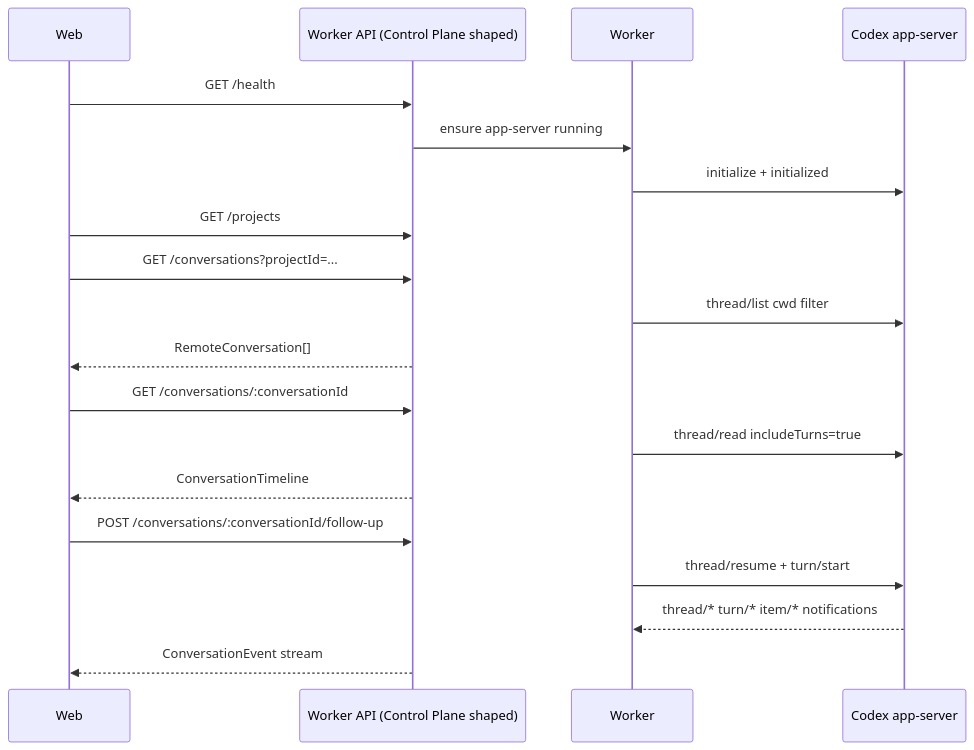
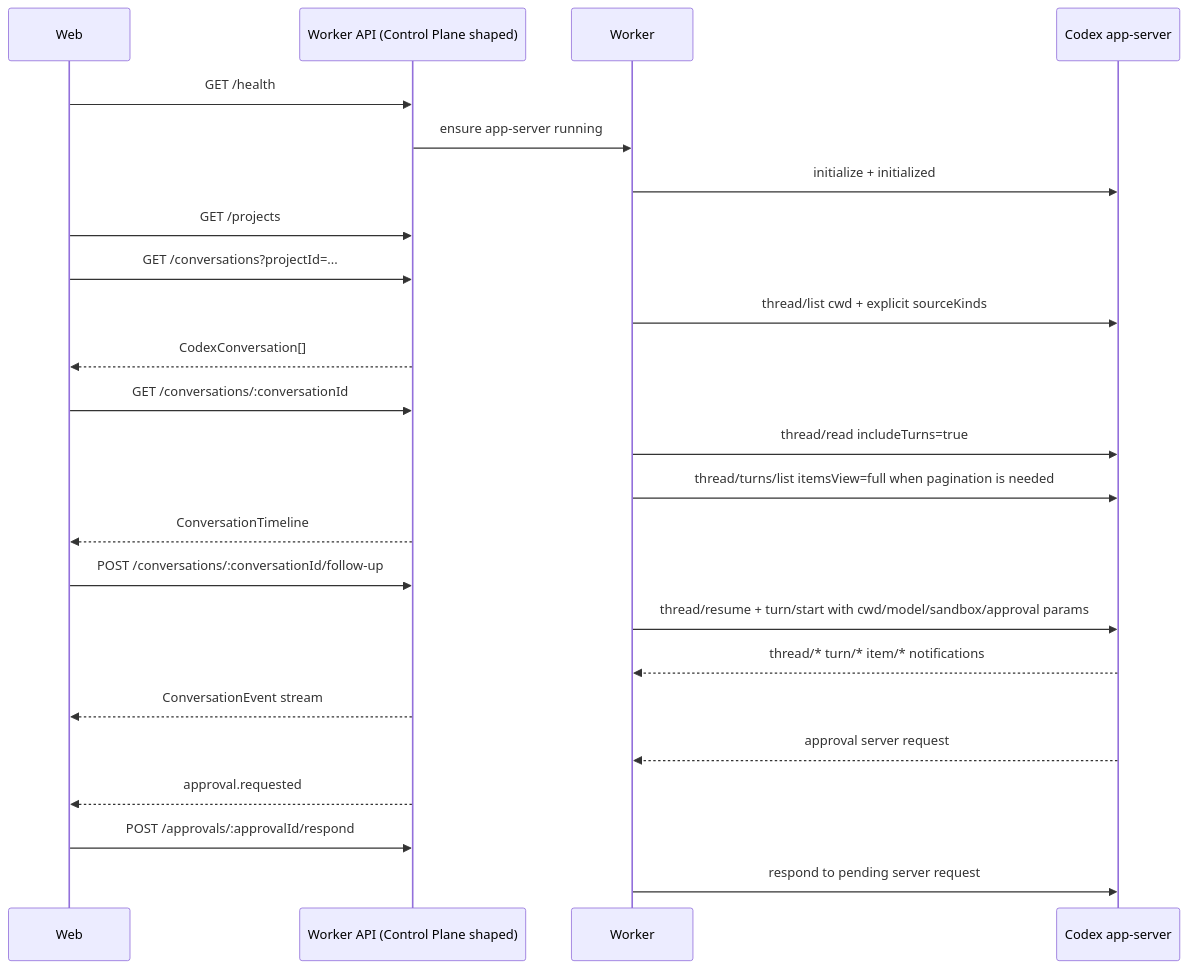
One commit to VintLin/codex-remote changed the second of 2 diagrams in docs/superpowers/specs/2026-06-17-codex-app-main-chain-design.md. Above: the diagram before and after it, drawn with Mermaid. The commit also changed other lines of this file, not shown here.

Commit message:
docs: tighten codex app main chain design

````diff
--- a/docs/superpowers/specs/2026-06-17-codex-app-main-chain-design.md
+++ b/docs/superpowers/specs/2026-06-17-codex-app-main-chain-design.md
@@ -105,22 +186,27 @@
 ```mermaid
 sequenceDiagram
   participant Web
   participant API as Worker API (Control Plane shaped)
   participant Worker
   participant AS as Codex app-server
 
   Web->>API: GET /health
   API->>Worker: ensure app-server running
   Worker->>AS: initialize + initialized
   Web->>API: GET /projects
   Web->>API: GET /conversations?projectId=...
-  Worker->>AS: thread/list cwd filter
-  API-->>Web: RemoteConversation[]
+  Worker->>AS: thread/list cwd + explicit sourceKinds
+  API-->>Web: CodexConversation[]
   Web->>API: GET /conversations/:conversationId
   Worker->>AS: thread/read includeTurns=true
+  Worker->>AS: thread/turns/list itemsView=full when pagination is needed
   API-->>Web: ConversationTimeline
   Web->>API: POST /conversations/:conversationId/follow-up
-  Worker->>AS: thread/resume + turn/start
+  Worker->>AS: thread/resume + turn/start with cwd/model/sandbox/approval params
   AS-->>Worker: thread/* turn/* item/* notifications
   API-->>Web: ConversationEvent stream
+  AS-->>Worker: approval server request
+  API-->>Web: approval.requested
+  Web->>API: POST /approvals/:approvalId/respond
+  Worker->>AS: respond to pending server request
 ```
````
